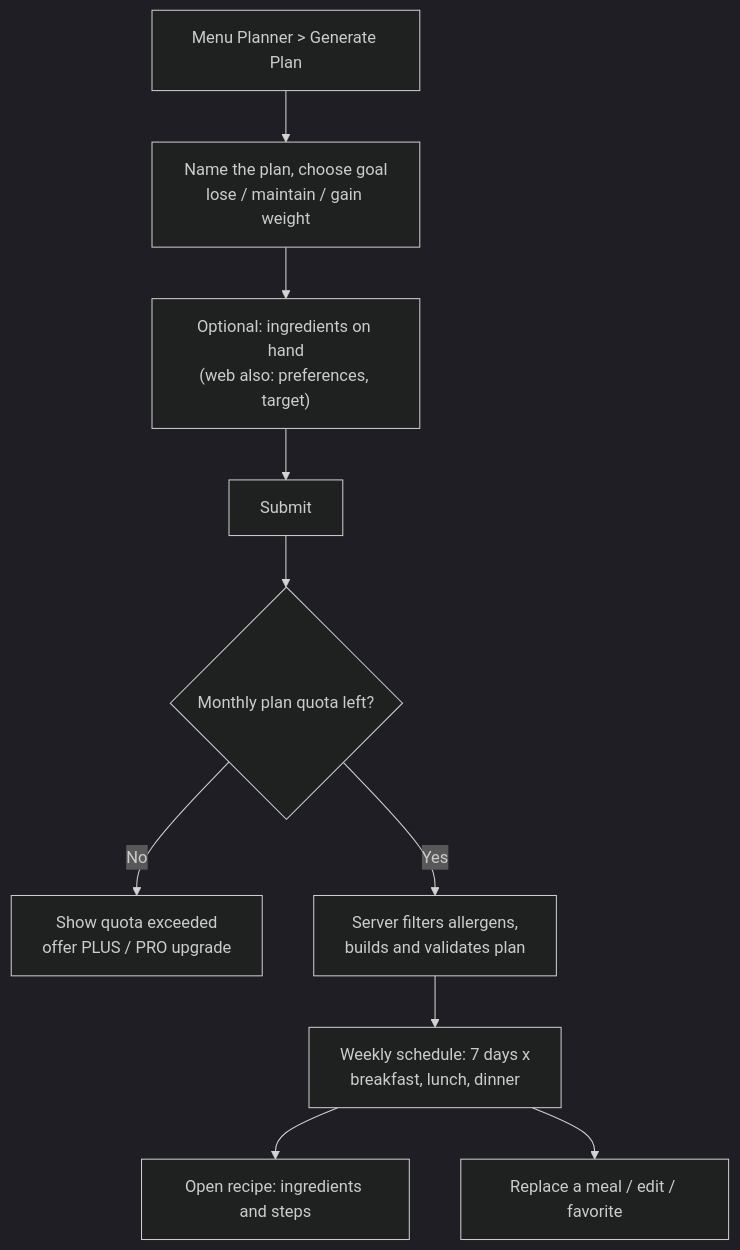
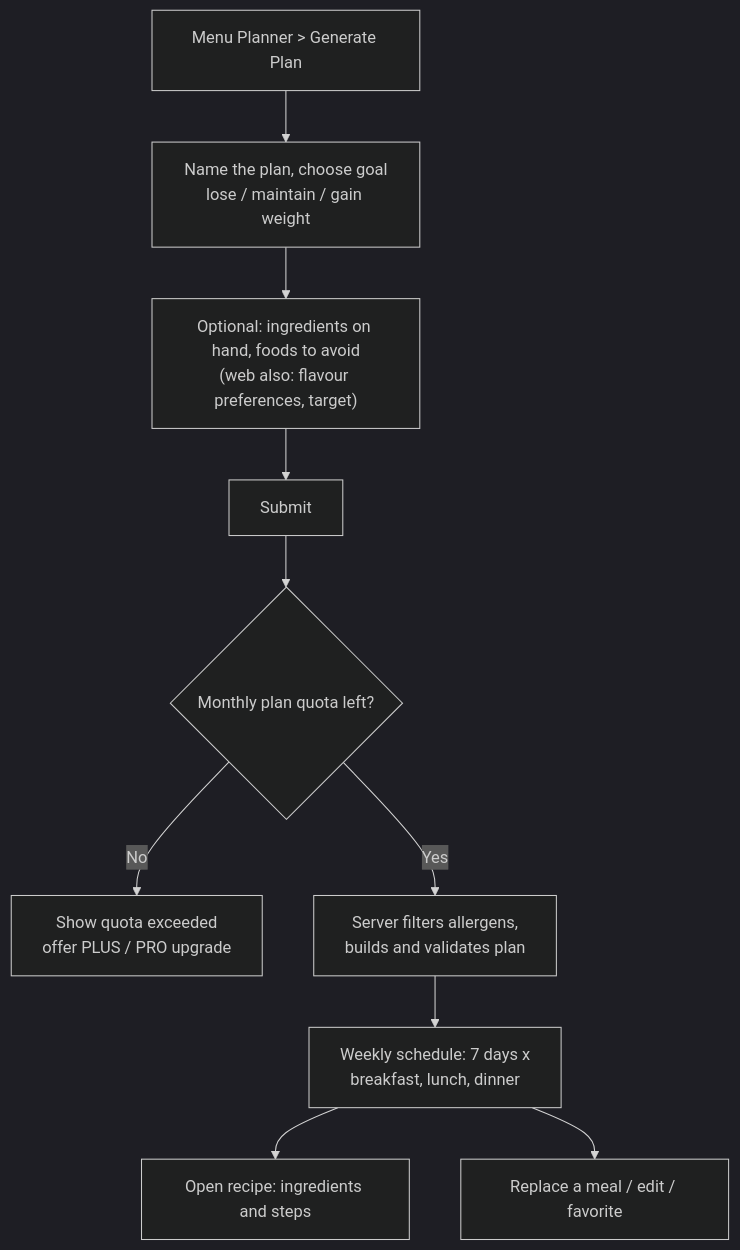
Diagram 30 of 32 in docs/REPORT7_FINAL_PROJECT_REPORT.md (Phu0312/VeggiePal-Microservice), drawn with Mermaid (dark theme) before and after one commit. The commit also changed other lines of this file and 12 other files, not shown here.

````diff
--- a/docs/REPORT7_FINAL_PROJECT_REPORT.md
+++ b/docs/REPORT7_FINAL_PROJECT_REPORT.md
@@ -2733,12 +2734,12 @@
 ```mermaid
 flowchart TD
     A["Menu Planner > Generate Plan"] --> B["Name the plan, choose goal<br/>lose / maintain / gain weight"]
-    B --> C["Optional: ingredients on hand<br/>(web also: preferences, target)"]
+    B --> C["Optional: ingredients on hand, foods to avoid<br/>(web also: flavour preferences, target)"]
     C --> D["Submit"]
     D --> E{"Monthly plan quota left?"}
     E -- "No" --> F["Show quota exceeded<br/>offer PLUS / PRO upgrade"]
     E -- "Yes" --> G["Server filters allergens,<br/>builds and validates plan"]
     G --> H["Weekly schedule: 7 days x<br/>breakfast, lunch, dinner"]
     H --> I["Open recipe: ingredients and steps"]
     H --> J["Replace a meal / edit / favorite"]
 ```
````
